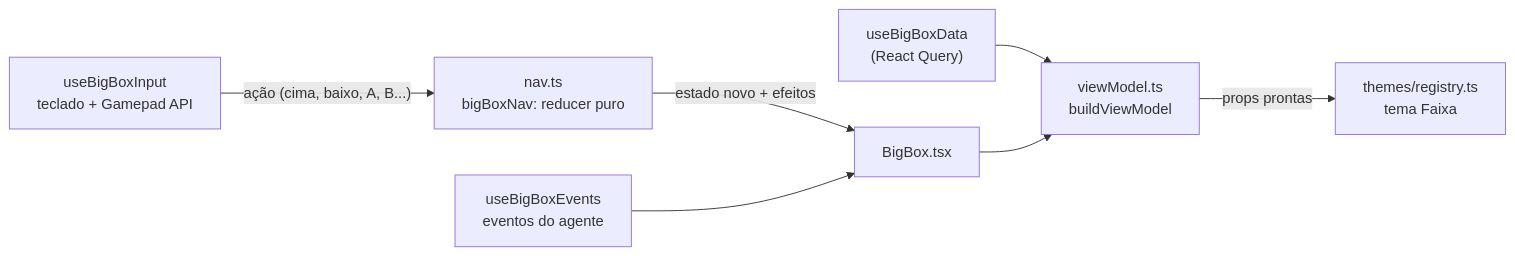
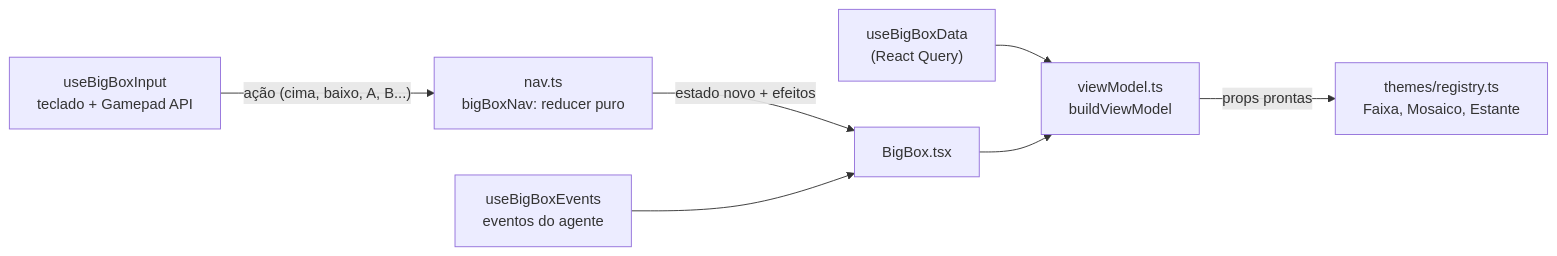
Before and after one commit to angelo848/arcadia: the eighth of 9 diagrams in docs/GUIA-DO-PROJETO.md, drawn with Mermaid. The commit also changed other lines of this file and 4 other files, not shown here.

````diff
--- a/docs/GUIA-DO-PROJETO.md
+++ b/docs/GUIA-DO-PROJETO.md
@@ -678,9 +722,9 @@
 ```mermaid
 flowchart LR
     IN["useBigBoxInput<br/>teclado + Gamepad API"] -->|"ação (cima, baixo, A, B...)"| NAV["nav.ts<br/>bigBoxNav: reducer puro"]
     NAV -->|"estado novo + efeitos"| BB["BigBox.tsx"]
     DATA["useBigBoxData<br/>(React Query)"] --> VM["viewModel.ts<br/>buildViewModel"]
     BB --> VM
-    VM -->|"props prontas"| TH["themes/registry.ts<br/>tema Faixa"]
+    VM -->|"props prontas"| TH["themes/registry.ts<br/>Faixa, Mosaico, Estante"]
     EV["useBigBoxEvents<br/>eventos do agente"] --> BB
 ```
````
